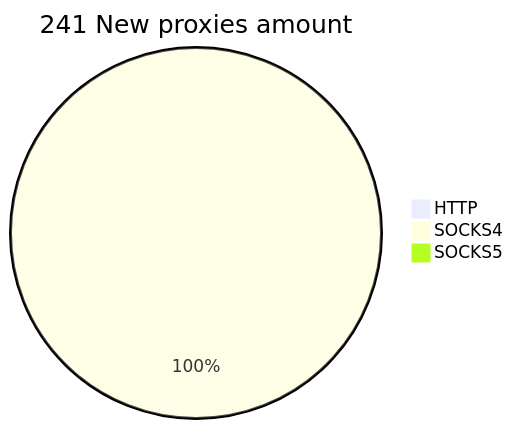
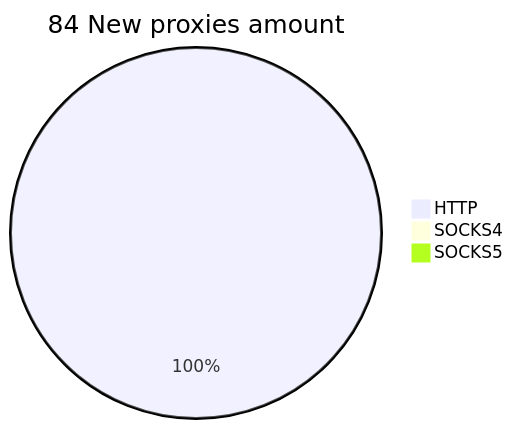
One commit to cutipu/proxylist changed the second of 2 diagrams in README.md. Above: the diagram before and after it, drawn with Mermaid. The commit also changed other lines of this file, not shown here.

````diff
--- a/README.md
+++ b/README.md
@@ -10,6 +10,6 @@
 ```mermaid
-pie title 241 New proxies amount
-    "HTTP" : 1
-    "SOCKS4" : 241
+pie title 84 New proxies amount
+    "HTTP" : 91
+    "SOCKS4" : 0
     "SOCKS5" : 0
 ```
````
